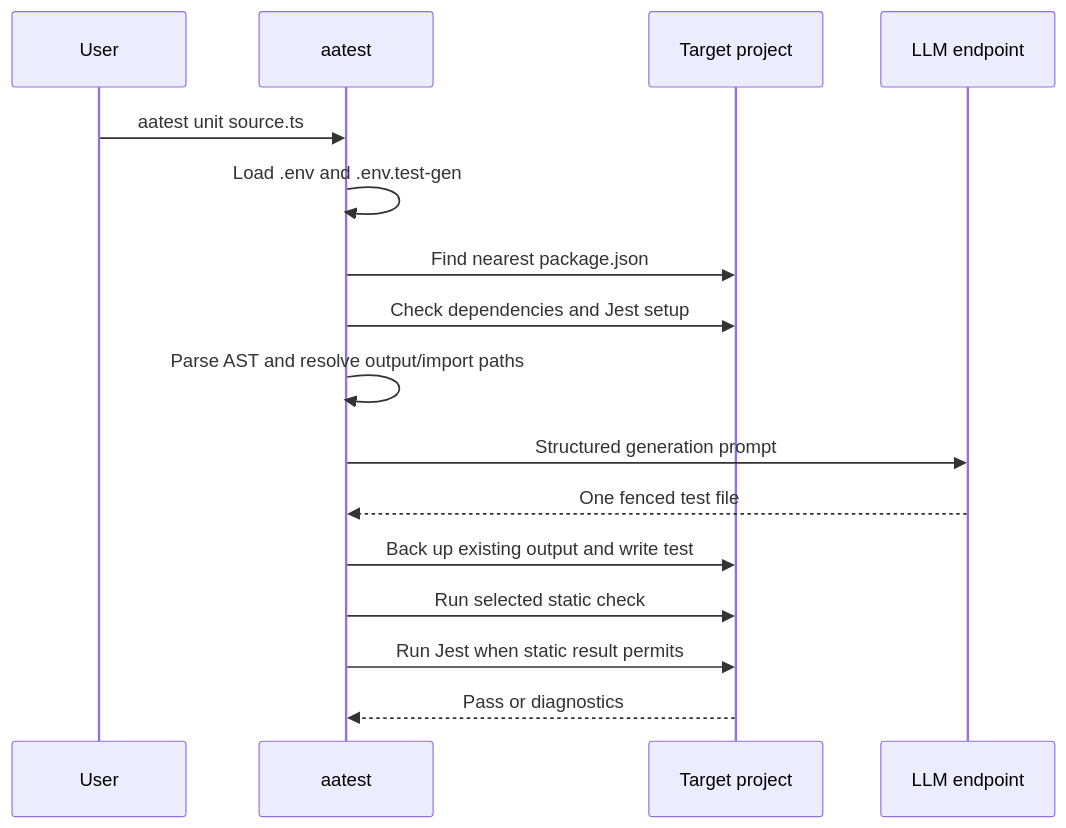
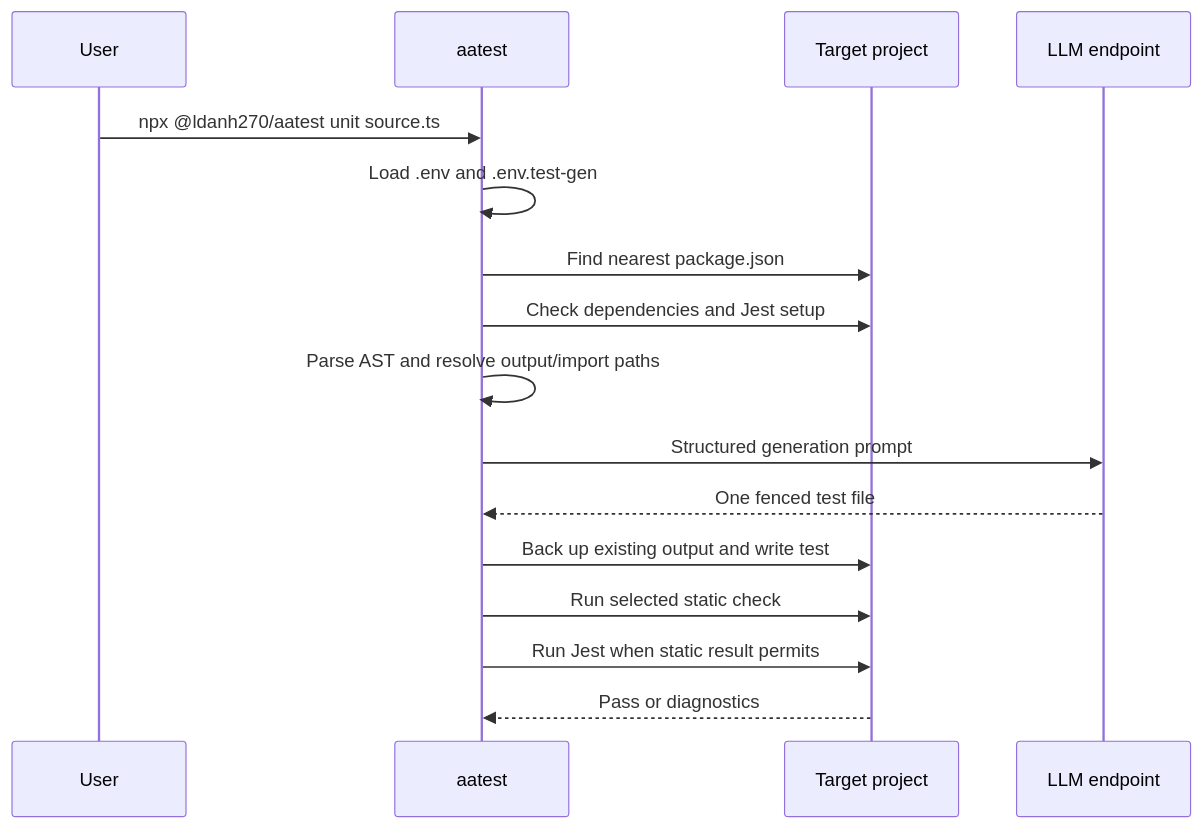
Before and after one commit to ldanh270/unit-test-generator: the second of 3 diagrams in docs/system-architecture.md, drawn with Mermaid. The commit also changed 9 other files, not shown here.

Commit message:
docs: sync all npm commands to @ldanh270/aatest and add downloads badge

````diff
--- a/docs/system-architecture.md
+++ b/docs/system-architecture.md
@@ -32,19 +32,19 @@
 ```mermaid
 sequenceDiagram
     participant U as User
     participant C as aatest
     participant P as Target project
     participant L as LLM endpoint
 
-    U->>C: aatest unit source.ts
+    U->>C: npx @ldanh270/aatest unit source.ts
     C->>C: Load .env and .env.test-gen
     C->>P: Find nearest package.json
     C->>P: Check dependencies and Jest setup
     C->>C: Parse AST and resolve output/import paths
     C->>L: Structured generation prompt
     L-->>C: One fenced test file
     C->>P: Back up existing output and write test
     C->>P: Run selected static check
     C->>P: Run Jest when static result permits
     P-->>C: Pass or diagnostics
 ```
````
